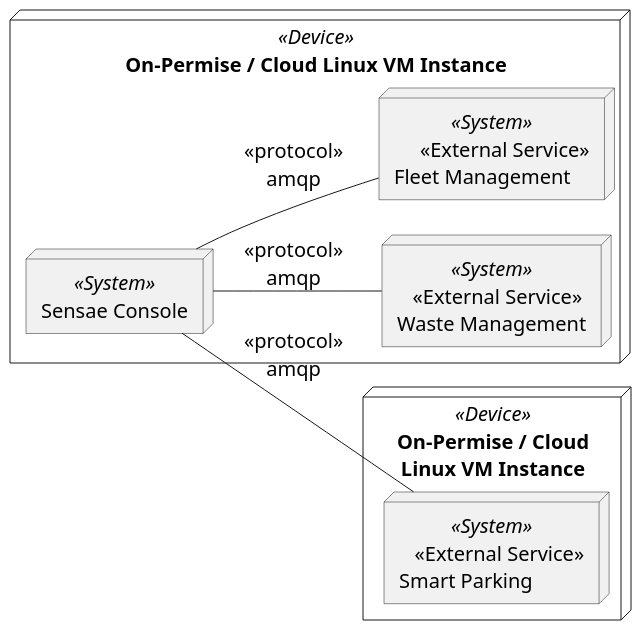
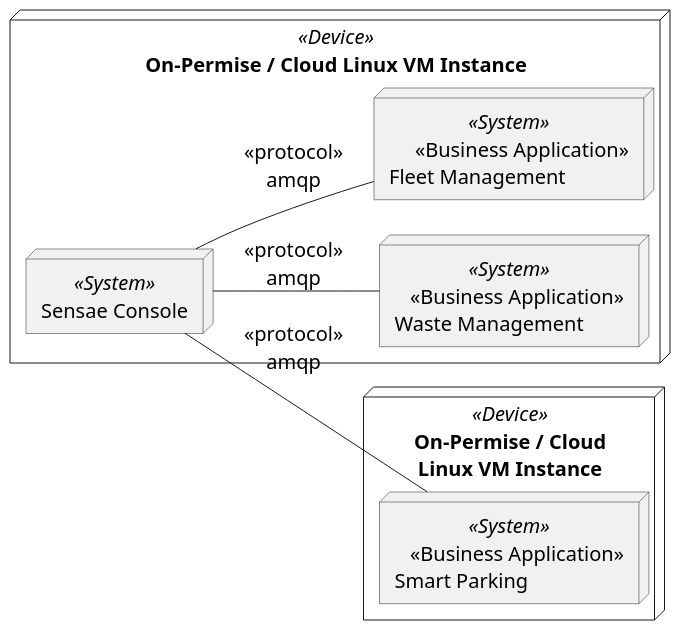
The diagram in assets/diagrams/design/architectural/level1/physical-view-single-tenant.pu (FilipeMCruz/dissertation), drawn with PlantUML before and after one commit. The commit also changed 49 other files, not shown here.

Commit message:
changed external services to business applications

```diff
--- a/assets/diagrams/design/architectural/level1/physical-view-single-tenant.pu
+++ b/assets/diagrams/design/architectural/level1/physical-view-single-tenant.pu
@@ -1,25 +1,25 @@
 @startuml physical-view-single-tenant
 
 left to right direction
 
 skinparam defaultFontSize 20
 skinparam Monochrome true
 skinparam sequenceMessageAlign center
 skinparam componentStyle uml2
 skinparam packageStyle rectangle
 
 node "On-Permise / Cloud Linux VM Instance" <<Device>> {
     node "Sensae Console" <<System>> as SYSTEM1
-    node "   <<External Service>>\nWaste Management" <<System>> as SYSTEM2
-    node "     <<External Service>>\nFleet Management" <<System>> as SYSTEM4
+    node "   <<Business Application>>\nWaste Management" <<System>> as SYSTEM2
+    node "     <<Business Application>>\nFleet Management" <<System>> as SYSTEM4
 }
 
 node "On-Permise / Cloud\nLinux VM Instance" <<Device>> as D {
-    node "   <<External Service>>\nSmart Parking" <<System>> as SYSTEM3
+    node "   <<Business Application>>\nSmart Parking" <<System>> as SYSTEM3
 }
 
 SYSTEM1 -- SYSTEM2 : "<<protocol>>\namqp"
 SYSTEM1 -- SYSTEM3 : "<<protocol>>\namqp"
 SYSTEM1 -- SYSTEM4 : "<<protocol>>\namqp"
 
 @enduml
```
